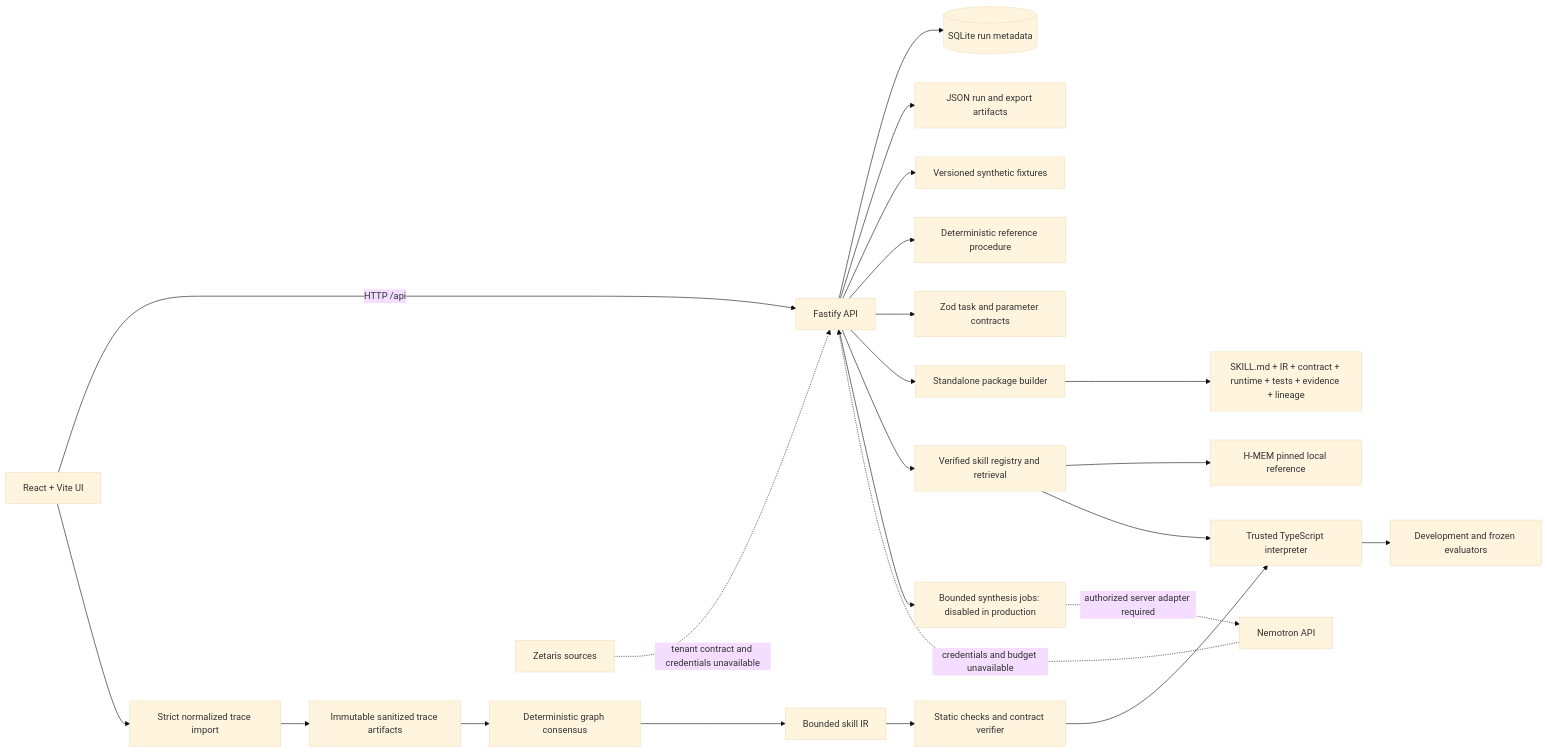
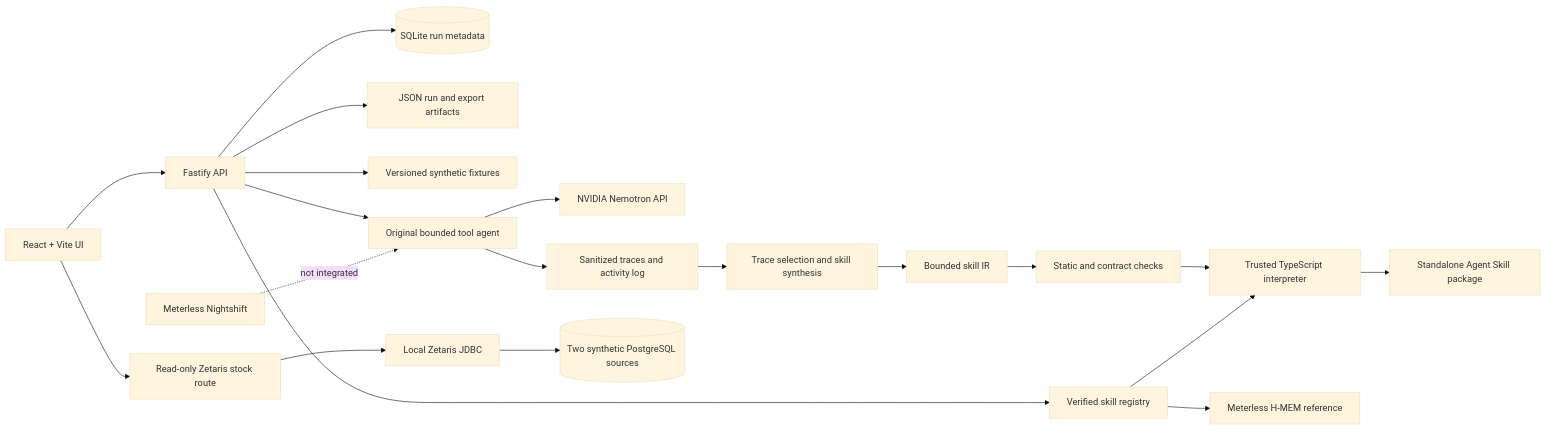
One commit to SS-360/ember-forge changed the diagram in docs/architecture.md. Above: the diagram before and after it, drawn with Mermaid (base theme). The commit also changed other lines of this file and 38 other files, not shown here.

````diff
--- a/docs/architecture.md
+++ b/docs/architecture.md
@@ -5,25 +5,22 @@
 ```mermaid
 flowchart LR
-  UI[React + Vite UI] -->|HTTP /api| API[Fastify API]
+  UI[React + Vite UI] --> API[Fastify API]
   API --> DB[(SQLite run metadata)]
   API --> ART[JSON run and export artifacts]
   API --> FIX[Versioned synthetic fixtures]
-  API --> ORACLE[Deterministic reference procedure]
-  API --> CONTRACT[Zod task and parameter contracts]
-  UI --> IMPORT[Strict normalized trace import]
-  IMPORT --> TRACES[Immutable sanitized trace artifacts]
-  TRACES --> ASSEMBLY[Deterministic graph consensus]
-  ASSEMBLY --> CANDIDATE
-  CANDIDATE[Bounded skill IR] --> VALIDATOR[Static checks and contract verifier]
-  VALIDATOR --> RUNTIME[Trusted TypeScript interpreter]
-  RUNTIME --> EVAL[Development and frozen evaluators]
-  API --> EXPORT[Standalone package builder]
-  EXPORT --> PACKAGE[SKILL.md + IR + contract + runtime + tests + evidence + lineage]
-  API --> MEMORY[Verified skill registry and retrieval]
-  MEMORY --> HMEM[H-MEM pinned local reference]
+  API --> AGENT[Original bounded tool agent]
+  AGENT --> NEM[NVIDIA Nemotron API]
+  AGENT --> TRACE[Sanitized traces and activity log]
+  TRACE --> COMP[Trace selection and skill synthesis]
+  COMP --> IR[Bounded skill IR]
+  IR --> CHECK[Static and contract checks]
+  CHECK --> RUNTIME[Trusted TypeScript interpreter]
+  RUNTIME --> EXPORT[Standalone Agent Skill package]
+  API --> MEMORY[Verified skill registry]
+  MEMORY --> HMEM[Meterless H-MEM reference]
   MEMORY --> RUNTIME
-  API --> JOBS[Bounded synthesis jobs: disabled in production]
-  JOBS -. authorized server adapter required .-> NEMOTRON
-  NEMOTRON[Nemotron API] -. credentials and budget unavailable .-> API
-  ZETARIS[Zetaris sources] -. tenant contract and credentials unavailable .-> API
+  UI --> ZROUTE[Read-only Zetaris stock route]
+  ZROUTE --> ZLOCAL[Local Zetaris JDBC]
+  ZLOCAL --> PG[(Two synthetic PostgreSQL sources)]
+  NIGHT[Meterless Nightshift] -. not integrated .-> AGENT
 ```
````
